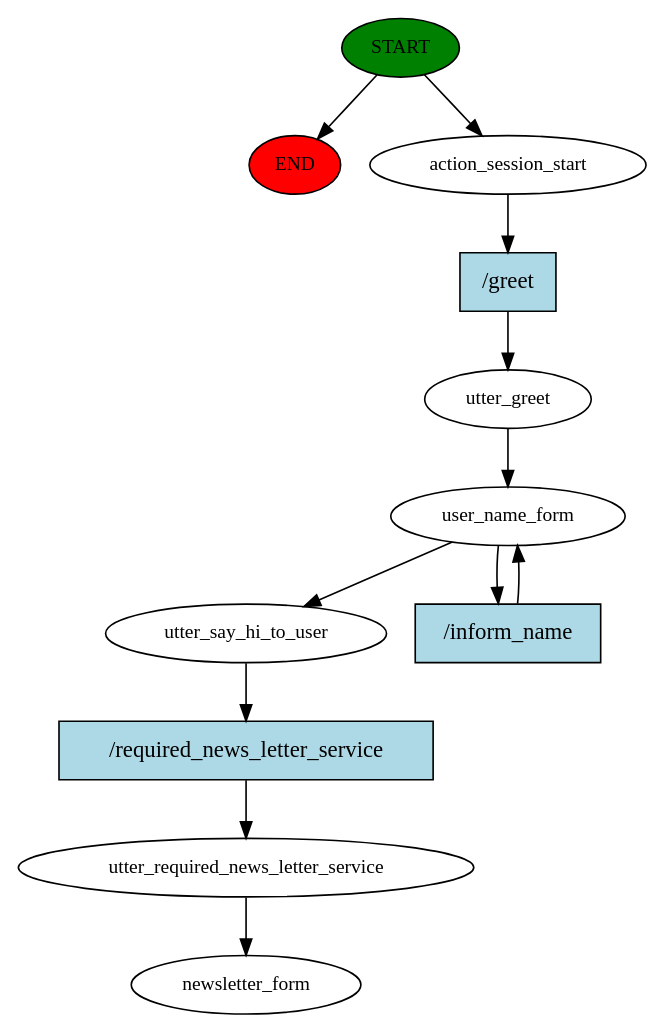
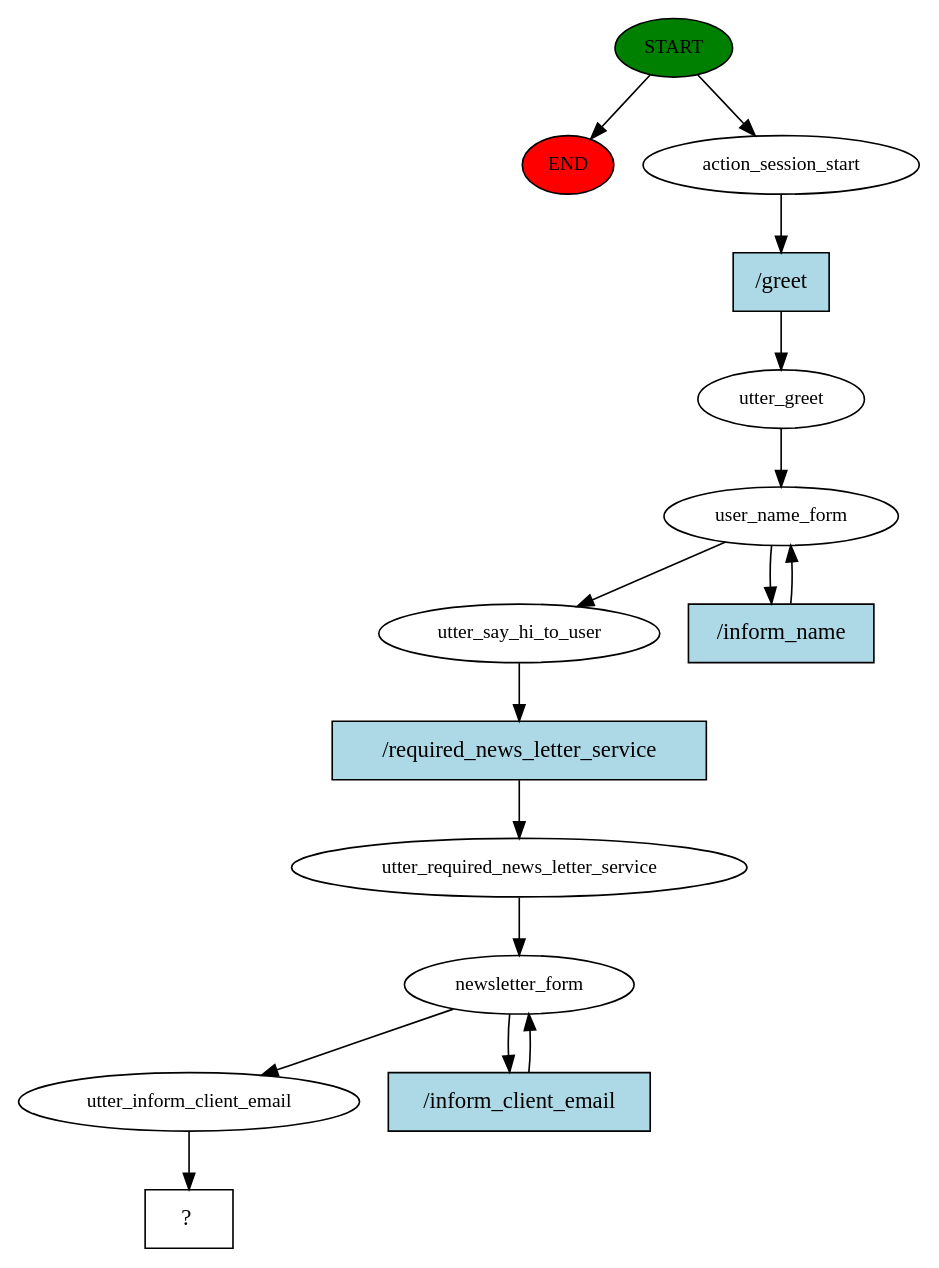
One commit to Chunshan-Theta/Mentor-MBTI changed the diagram in newsletter/story_graph.dot. Above: the diagram before and after it, drawn with Graphviz. The commit also changed 4 other files, not shown here.

```diff
--- a/newsletter/story_graph.dot
+++ b/newsletter/story_graph.dot
@@ -1,24 +1,31 @@
 digraph  {
 0 [class="start active", fillcolor=green, fontsize=12, label=START, style=filled];
 "-1" [class=end, fillcolor=red, fontsize=12, label=END, style=filled];
 1 [class=active, fontsize=12, label=action_session_start];
 2 [class=active, fontsize=12, label=utter_greet];
 3 [class=active, fontsize=12, label=user_name_form];
 5 [class=active, fontsize=12, label=utter_say_hi_to_user];
 6 [class=active, fontsize=12, label=utter_required_news_letter_service];
-7 [class="dashed active", fontsize=12, label=newsletter_form];
-8 [class="intent active", fillcolor=lightblue, label="/greet", shape=rect, style=filled];
-9 [class="intent active", fillcolor=lightblue, label="/inform_name", shape=rect, style=filled];
-10 [class="intent active", fillcolor=lightblue, label="/required_news_letter_service", shape=rect, style=filled];
+7 [class=active, fontsize=12, label=newsletter_form];
+9 [class=active, fontsize=12, label=utter_inform_client_email];
+10 [class="intent dashed active", label="  ?  ", shape=rect];
+11 [class="intent active", fillcolor=lightblue, label="/greet", shape=rect, style=filled];
+12 [class="intent active", fillcolor=lightblue, label="/inform_name", shape=rect, style=filled];
+13 [class="intent active", fillcolor=lightblue, label="/required_news_letter_service", shape=rect, style=filled];
+14 [class="intent active", fillcolor=lightblue, label="/inform_client_email", shape=rect, style=filled];
 0 -> "-1"  [class="", key=NONE, label=""];
 0 -> 1  [class=active, key=NONE, label=""];
-1 -> 8  [class=active, key=0];
+1 -> 11  [class=active, key=0];
 2 -> 3  [class=active, key=NONE, label=""];
 3 -> 5  [class=active, key=NONE, label=""];
-3 -> 9  [class=active, key=0];
-5 -> 10  [class=active, key=0];
+3 -> 12  [class=active, key=0];
+5 -> 13  [class=active, key=0];
 6 -> 7  [class=active, key=NONE, label=""];
-8 -> 2  [class=active, key=0];
-9 -> 3  [class=active, key=0];
-10 -> 6  [class=active, key=0];
+7 -> 9  [class=active, key=NONE, label=""];
+7 -> 14  [class=active, key=0];
+9 -> 10  [class=active, key=NONE, label=""];
+11 -> 2  [class=active, key=0];
+12 -> 3  [class=active, key=0];
+13 -> 6  [class=active, key=0];
+14 -> 7  [class=active, key=0];
 }
```
